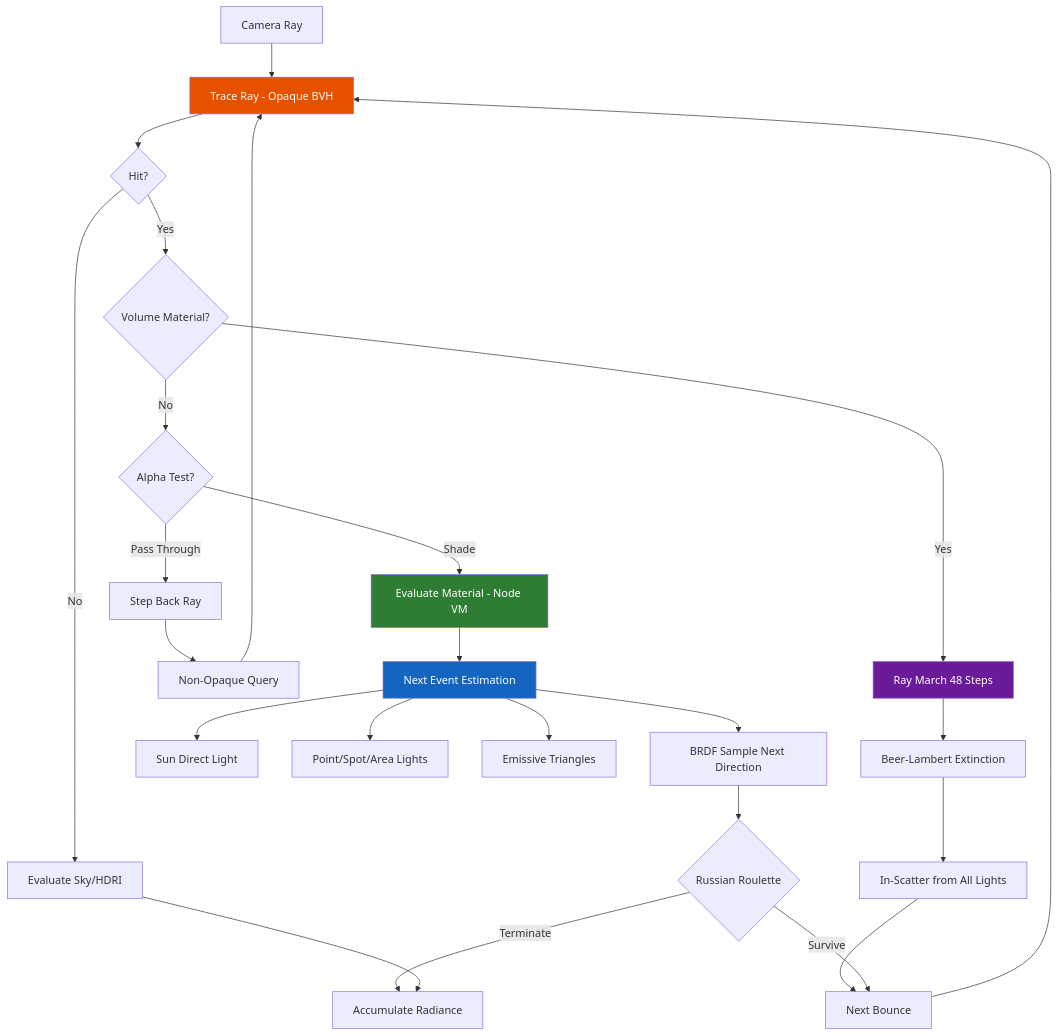
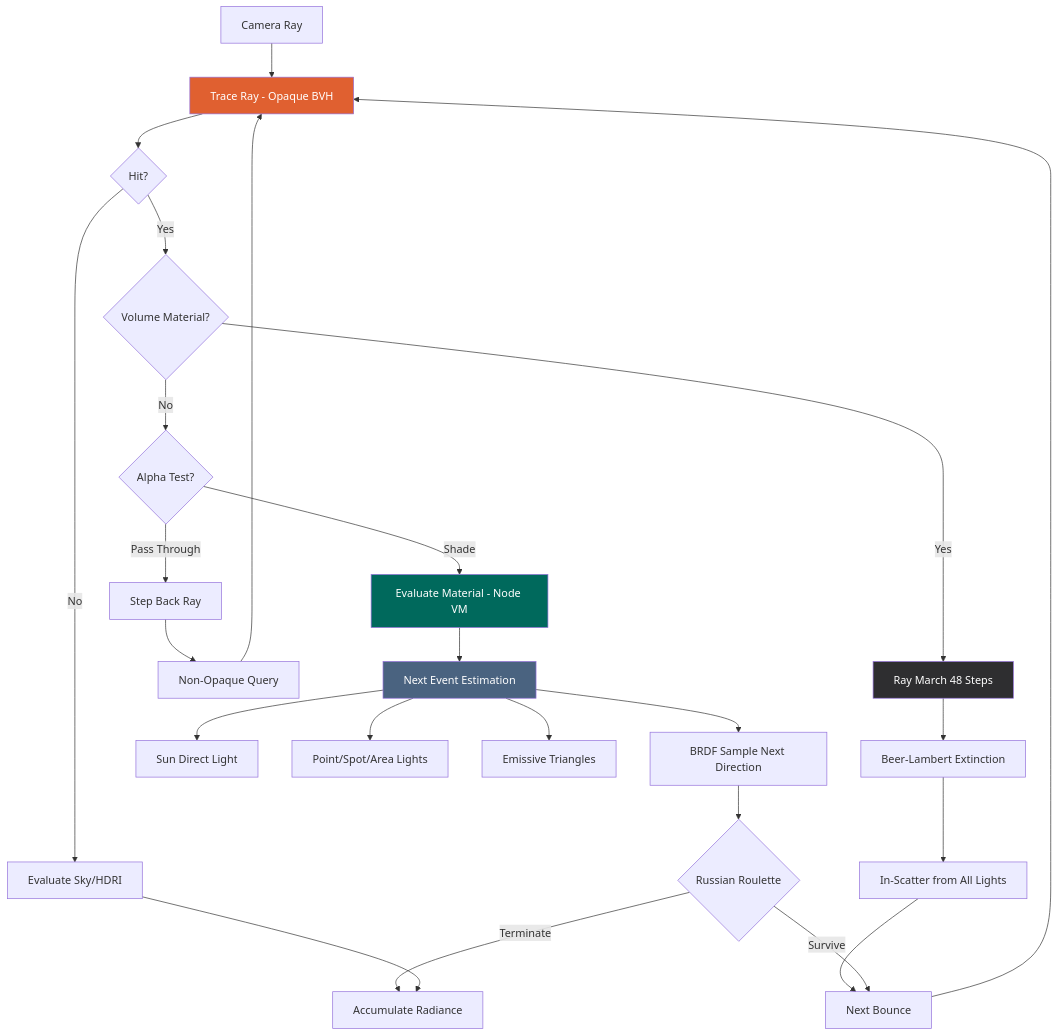
The first of 3 diagrams in docs/architecture/pipeline.md (kalexis1994/ignis-rt), drawn with Mermaid before and after one commit. The commit also changed other lines of this file and 12 other files, not shown here.

First line of the commit message:
Docs: Ignis palette, favicon, dark-safe diagram fills, contrast JS

````diff
--- a/docs/architecture/pipeline.md
+++ b/docs/architecture/pipeline.md
@@ -7,36 +7,36 @@
 ```mermaid
 flowchart TD
     START[Camera Ray] --> TRACE[Trace Ray - Opaque BVH]
     TRACE --> MISS{Hit?}
     MISS -->|No| SKY[Evaluate Sky/HDRI]
     MISS -->|Yes| VOLUME{Volume Material?}
 
     VOLUME -->|Yes| MARCH[Ray March 48 Steps]
     MARCH --> BEER[Beer-Lambert Extinction]
     BEER --> INSCATTER[In-Scatter from All Lights]
     INSCATTER --> CONTINUE
 
     VOLUME -->|No| ALPHA{Alpha Test?}
     ALPHA -->|Pass Through| BACKWARD[Step Back Ray]
     BACKWARD --> NONOPAQUE[Non-Opaque Query]
     NONOPAQUE --> TRACE
 
     ALPHA -->|Shade| EVAL[Evaluate Material - Node VM]
     EVAL --> NEE[Next Event Estimation]
     NEE --> SUN[Sun Direct Light]
     NEE --> POINT[Point/Spot/Area Lights]
     NEE --> EMISSIVE[Emissive Triangles]
 
     NEE --> BRDF[BRDF Sample Next Direction]
     BRDF --> RR{Russian Roulette}
     RR -->|Survive| CONTINUE[Next Bounce]
     RR -->|Terminate| OUTPUT
 
     CONTINUE --> TRACE
     SKY --> OUTPUT[Accumulate Radiance]
 
-    style TRACE fill:#e65100,color:white
-    style EVAL fill:#2e7d32,color:white
-    style NEE fill:#1565c0,color:white
-    style MARCH fill:#6a1b9a,color:white
+    style TRACE fill:#E06030,color:white
+    style EVAL fill:#00695C,color:white
+    style NEE fill:#4A6380,color:white
+    style MARCH fill:#2E2E30,color:white
 ```
````
